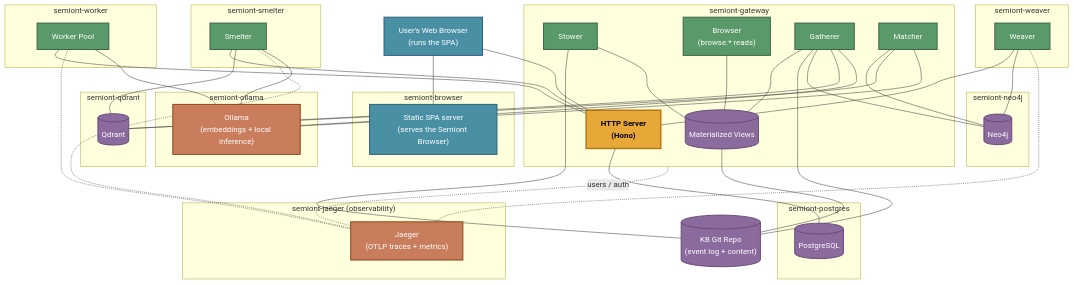
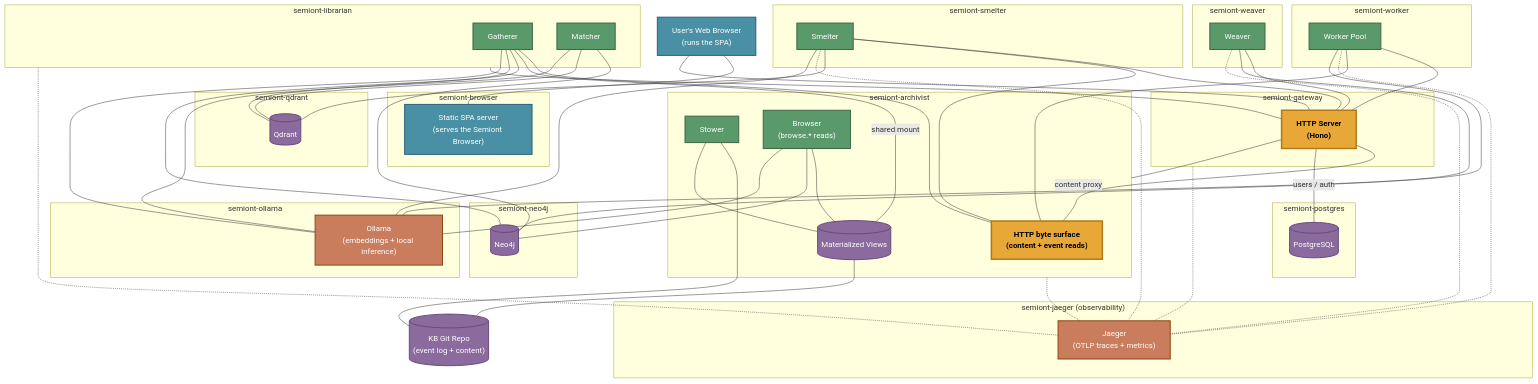
One commit to The-AI-Alliance/semiont changed the diagram in docs/system/CONTAINER-TOPOLOGY.md. Above: the diagram before and after it, drawn with Mermaid. The commit also changed other lines of this file and 45 other files, not shown here.

```diff
--- a/docs/system/CONTAINER-TOPOLOGY.md
+++ b/docs/system/CONTAINER-TOPOLOGY.md
@@ -22,11 +22,18 @@
 
     subgraph gateway_c ["semiont-gateway"]
         HTTPD["HTTP Server<br/>(Hono)"]
+    end
+
+    subgraph archivist_c ["semiont-archivist"]
+        AHTTP["HTTP byte surface<br/>(content + event reads)"]
         STOWER["Stower"]
         BROWSER["Browser<br/>(browse.* reads)"]
+        VIEWS[("Materialized Views")]
+    end
+
+    subgraph librarian_c ["semiont-librarian"]
         GATHERER["Gatherer"]
         MATCHER["Matcher"]
-        VIEWS[("Materialized Views")]
     end
 
     GIT[("KB Git Repo<br/>(event log + content)")]
@@ -68,17 +75,27 @@
     WORKERS --- HTTPD
     SMELTER --- HTTPD
     WEAVER --- HTTPD
+    archivist_c --- HTTPD
+    librarian_c --- HTTPD
+
+    HTTPD ---|"content proxy"| AHTTP
+    SMELTER --- AHTTP
+    GATHERER --- AHTTP
+    WORKERS --- AHTTP
 
     STOWER --- GIT
     STOWER --- VIEWS
     VIEWS --- GIT
     BROWSER --- VIEWS
-    GATHERER --- VIEWS
-    GATHERER --- GIT
+    GATHERER ---|"shared mount"| VIEWS
     WEAVER --- NEO
     SMELTER --- QD
+    BROWSER --- NEO
+    BROWSER --- OL
     HTTPD ---|"users / auth"| PG
     gateway_c -.- JAG
+    archivist_c -.- JAG
+    librarian_c -.- JAG
     WORKERS -.- JAG
     SMELTER -.- JAG
     WEAVER -.- JAG
@@ -97,7 +114,7 @@
     classDef spa fill:#4a90a4,stroke:#2c5f7a,stroke-width:2px,color:#fff
     classDef service fill:#c97d5d,stroke:#8b4513,stroke-width:2px,color:#fff
 
-    class HTTPD http
+    class HTTPD,AHTTP http
     class STOWER,BROWSER,GATHERER,MATCHER,WEAVER,WORKERS,SMELTER actor
     class GIT,VIEWS,PG,NEO,QD store
     class SPA,UB spa
```
